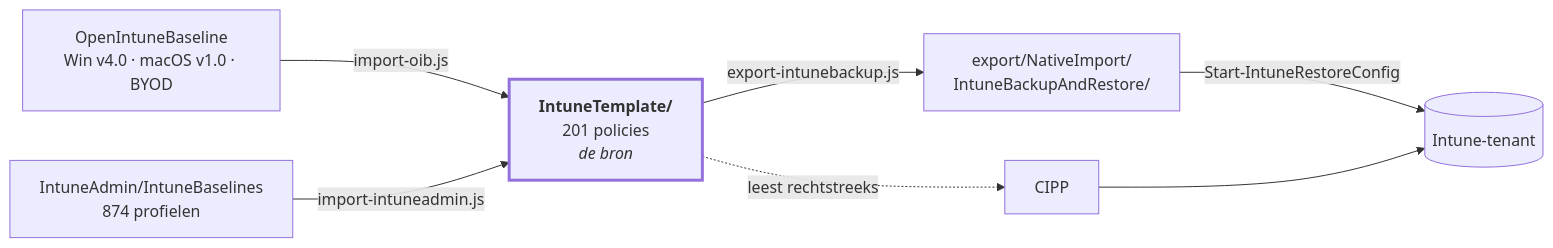
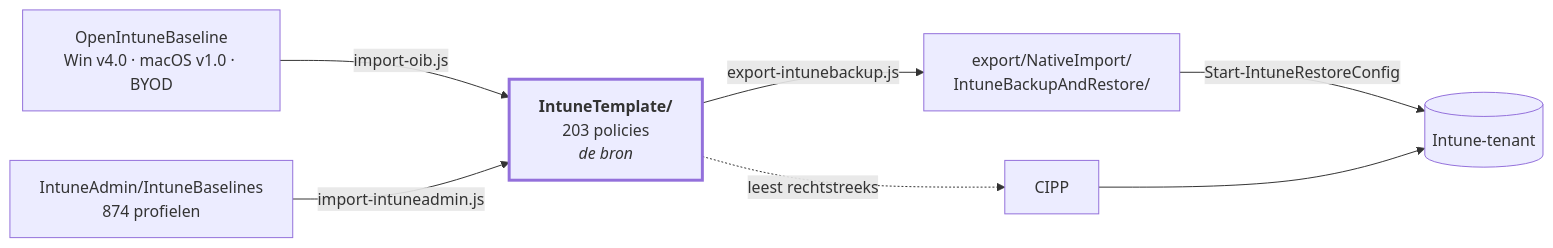
The diagram in README.md (sjkanon/IntuneBackup), drawn with Mermaid before and after one commit. The commit also changed other lines of this file and 51 other files, not shown here.

````diff
--- a/README.md
+++ b/README.md
@@ -20,17 +20,17 @@
 ```mermaid
 flowchart LR
   OIB["OpenIntuneBaseline<br/>Win v4.0 · macOS v1.0 · BYOD"]
-  T["<b>IntuneTemplate/</b><br/>201 policies<br/><i>de bron</i>"]
+  T["<b>IntuneTemplate/</b><br/>203 policies<br/><i>de bron</i>"]
   EX["export/NativeImport/<br/>IntuneBackupAndRestore/"]
   TENANT[("Intune-tenant")]
 
   OIB -->|import-oib.js| T
   T -->|export-intunebackup.js| EX
   T -.->|leest rechtstreeks| CIPP[CIPP]
   EX -->|Start-IntuneRestoreConfig| TENANT
   CIPP --> TENANT
 
   IA["IntuneAdmin/IntuneBaselines<br/>874 profielen"] -->|import-intuneadmin.js| T
 
   style T stroke-width:3px
 ```
````
